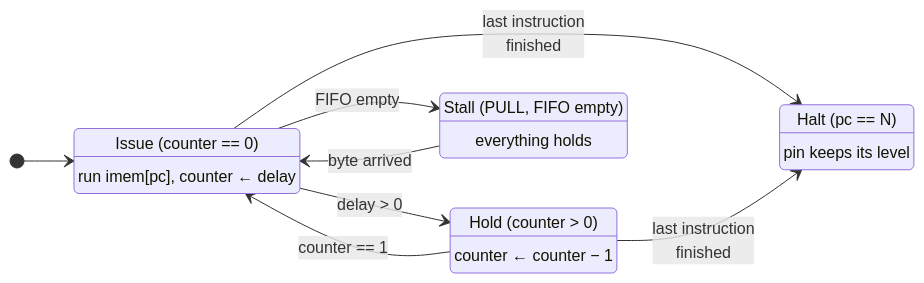
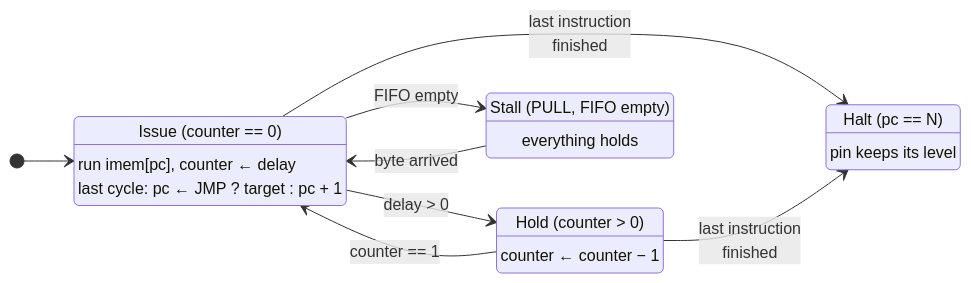
Before and after one commit to cshieldsce/smallcore: the diagram in docs/states.mmd, drawn with Mermaid. The commit also changed 11 other files, not shown here.

Commit message:
update diagrams for jmp

```diff
--- a/docs/states.mmd
+++ b/docs/states.mmd
@@ -1,24 +1,25 @@
 %% What the control block does each cycle. Not a separate state register:
 %% each state is read off counter, pc and fifo_empty.
 stateDiagram-v2
   direction LR
   [*] --> Issue
 
   Issue : Issue (counter == 0)
   Issue : run imem[pc], counter ← delay
+  Issue : last cycle: pc ← JMP ? target : pc + 1
 
   Hold : Hold (counter > 0)
   Hold : counter ← counter − 1
 
   Stall : Stall (PULL, FIFO empty)
   Stall : everything holds
 
   Halt : Halt (pc == N)
   Halt : pin keeps its level
 
   Issue --> Hold : delay > 0
   Hold --> Issue : counter == 1
   Issue --> Stall : FIFO empty
   Stall --> Issue : byte arrived
   Issue --> Halt : last instruction<br/>finished
   Hold --> Halt : last instruction<br/>finished
```
